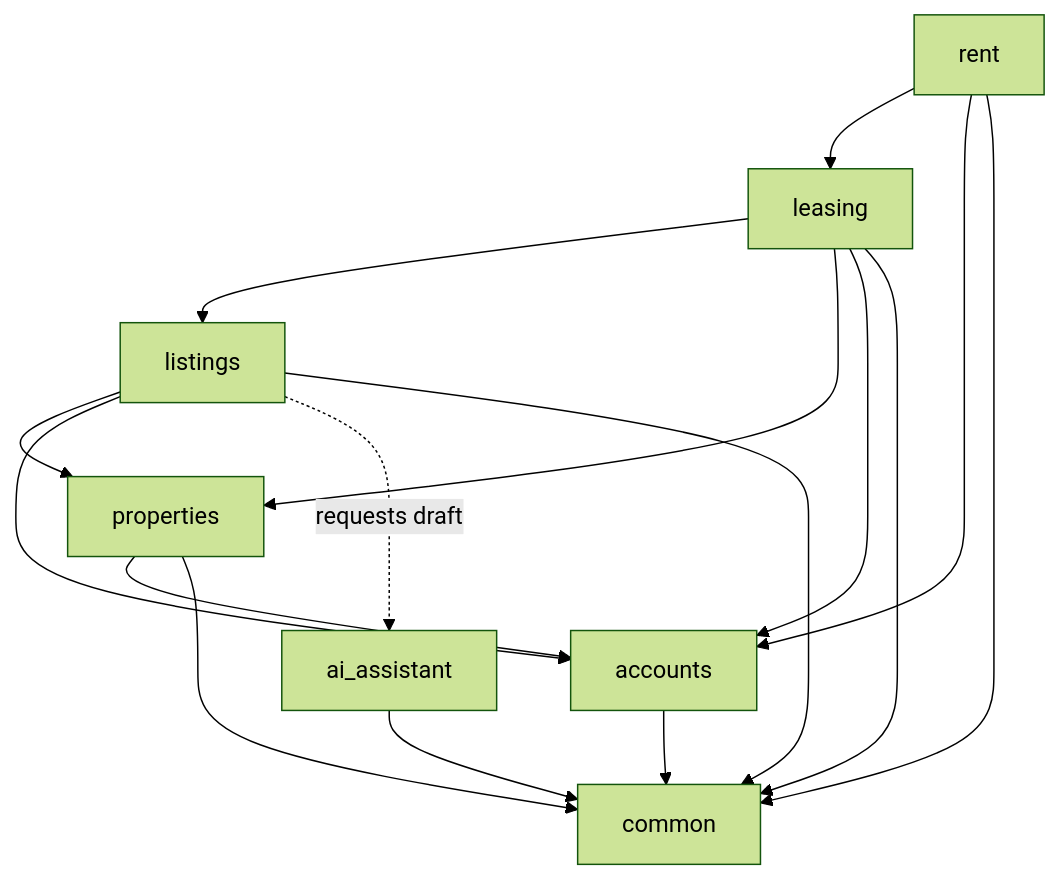
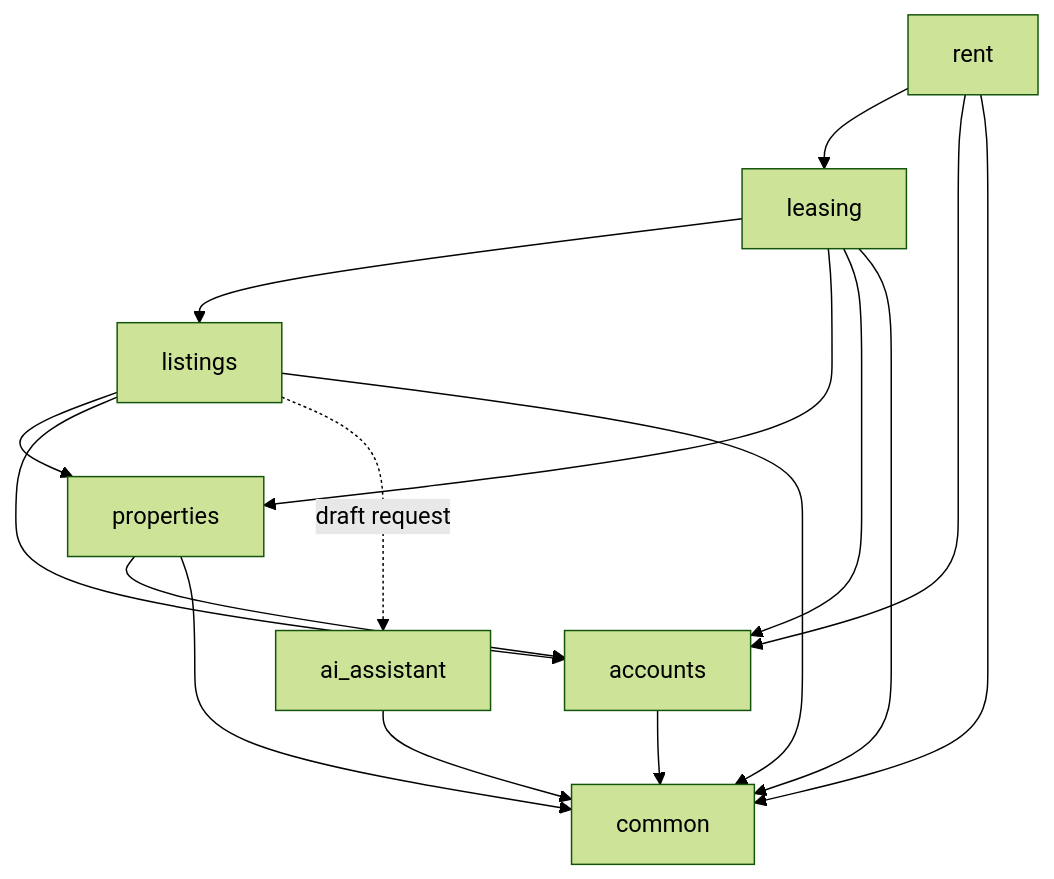
One commit to Morfomec/proptech-platform changed the diagram in docs/architecture/module-boundaries.md. Above: the diagram before and after it, drawn with Mermaid (forest theme). The commit also changed other lines of this file and 1 other file, not shown here.

````diff
--- a/docs/architecture/module-boundaries.md
+++ b/docs/architecture/module-boundaries.md
@@ -41,27 +35,27 @@
 ```mermaid
 graph TD
     accounts[accounts]
     properties[properties]
     listings[listings]
     leasing[leasing]
     rent[rent]
     ai[ai_assistant]
     common[common]
 
     properties --> accounts
     listings --> properties
     listings --> accounts
-    listings -.->|requests draft| ai
+    listings -.->|draft request| ai
     leasing --> listings
     leasing --> properties
     leasing --> accounts
     rent --> leasing
     rent --> accounts
 
     accounts --> common
     properties --> common
     listings --> common
     leasing --> common
     rent --> common
     ai --> common
 ```
````
